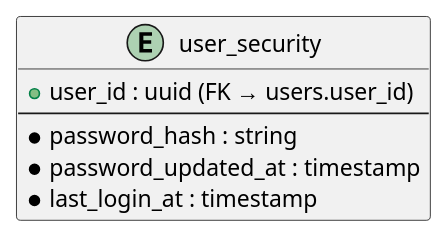
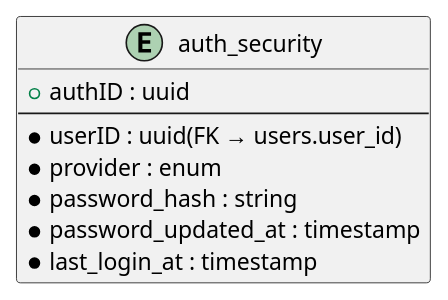
The diagram in go/services/auth/docs/authSchema.pu (POPOTINESU/GrowthSphere), drawn with PlantUML before and after one commit. The commit also changed 3 other files, not shown here.

Commit message:
doc: move provider to authSchema

```diff
--- a/go/services/auth/docs/authSchema.pu
+++ b/go/services/auth/docs/authSchema.pu
@@ -1,9 +1,11 @@
 @startuml
-entity "user_security" as UserSecurity {
-    + user_id : uuid (FK → users.user_id)
+entity "auth_security" as UserSecurity {
+    + authID : uuid
     --
+    * userID : uuid(FK → users.user_id)
+    * provider : enum
     * password_hash : string
     * password_updated_at : timestamp
     * last_login_at : timestamp
 }
 @enduml
```
